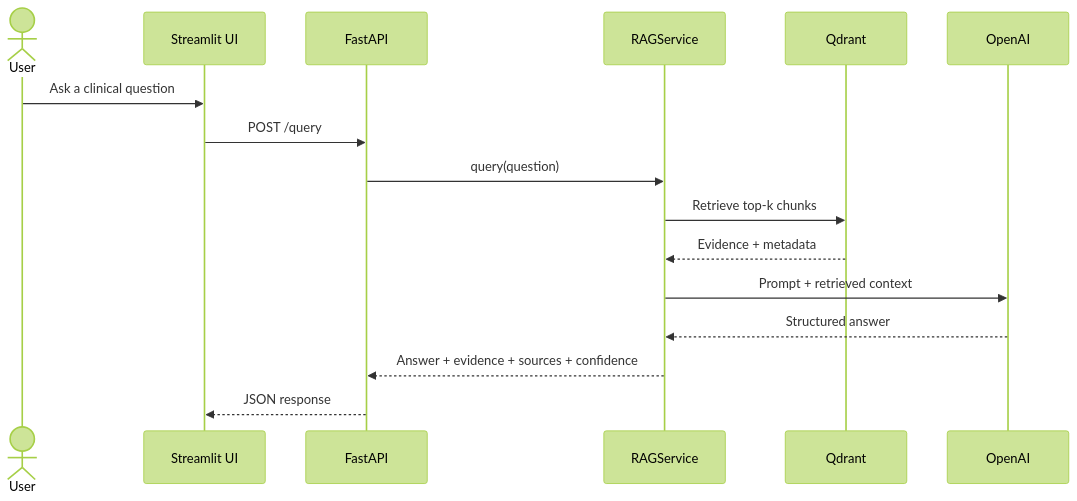
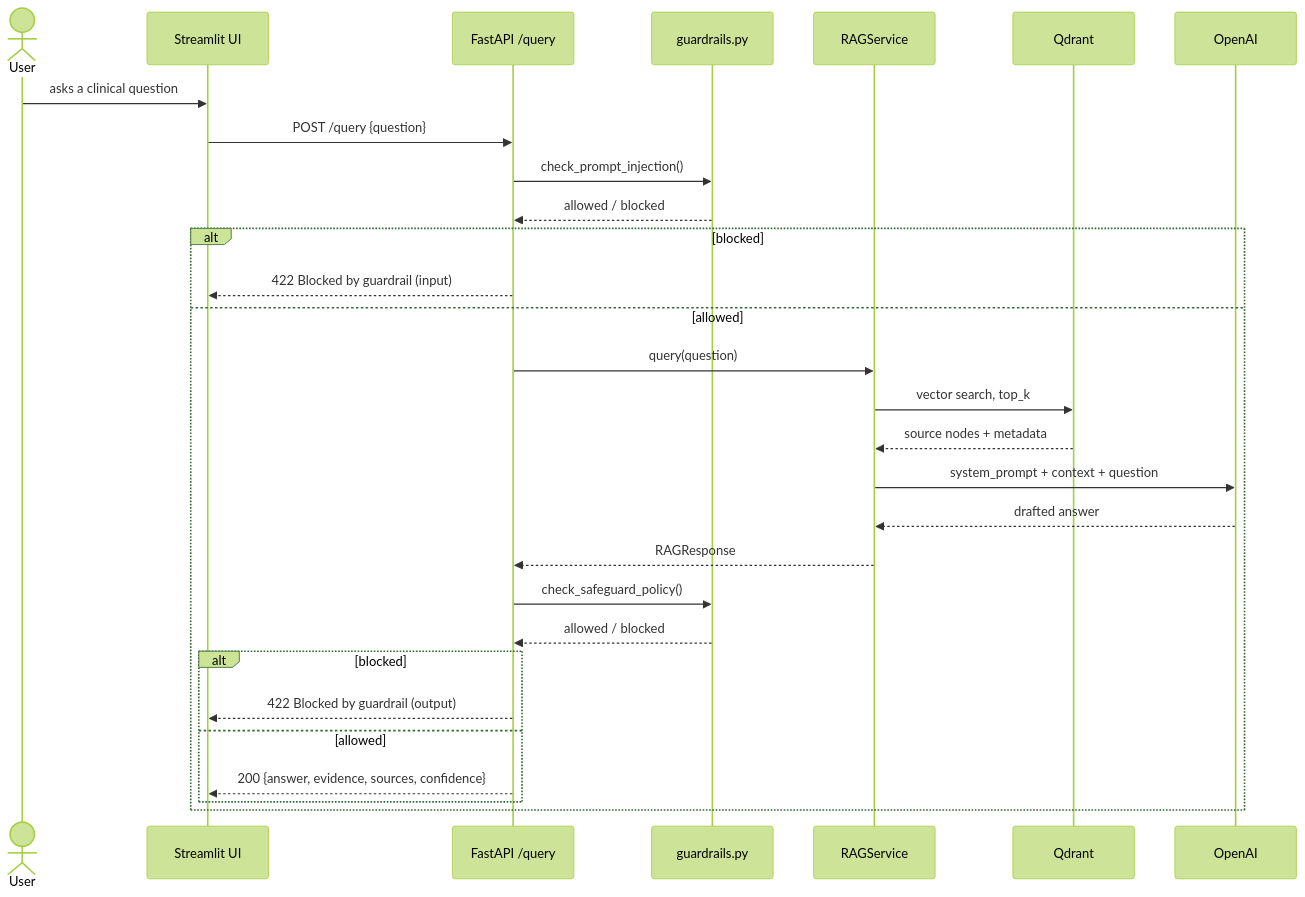
The third of 5 diagrams in README.md (AlwaysAditya/MedRAG-with-LlamaIndex), drawn with Mermaid (forest theme) before and after one commit. The commit also changed other lines of this file and 29 other files, not shown here.

````diff
--- a/README.md
+++ b/README.md
@@ -88,19 +113,32 @@
 ```mermaid
 sequenceDiagram
-  actor User
-  participant UI as Streamlit UI
-  participant API as FastAPI
-  participant SVC as RAGService
-  participant QD as Qdrant
-  participant LLM as OpenAI
+    actor User
+    participant UI as Streamlit UI
+    participant API as FastAPI /query
+    participant GR as guardrails.py
+    participant SVC as RAGService
+    participant QD as Qdrant
+    participant LLM as OpenAI
 
-  User->>UI: Ask a clinical question
-  UI->>API: POST /query
-  API->>SVC: query(question)
-  SVC->>QD: Retrieve top-k chunks
-  QD-->>SVC: Evidence + metadata
-  SVC->>LLM: Prompt + retrieved context
-  LLM-->>SVC: Structured answer
-  SVC-->>API: Answer + evidence + sources + confidence
-  API-->>UI: JSON response
+    User->>UI: asks a clinical question
+    UI->>API: POST /query {question}
+    API->>GR: check_prompt_injection()
+    GR-->>API: allowed / blocked
+    alt blocked
+        API-->>UI: 422 Blocked by guardrail (input)
+    else allowed
+        API->>SVC: query(question)
+        SVC->>QD: vector search, top_k
+        QD-->>SVC: source nodes + metadata
+        SVC->>LLM: system_prompt + context + question
+        LLM-->>SVC: drafted answer
+        SVC-->>API: RAGResponse
+        API->>GR: check_safeguard_policy()
+        GR-->>API: allowed / blocked
+        alt blocked
+            API-->>UI: 422 Blocked by guardrail (output)
+        else allowed
+            API-->>UI: 200 {answer, evidence, sources, confidence}
+        end
+    end
 ```
````
